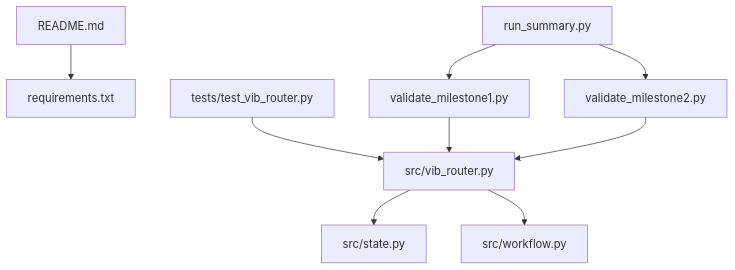
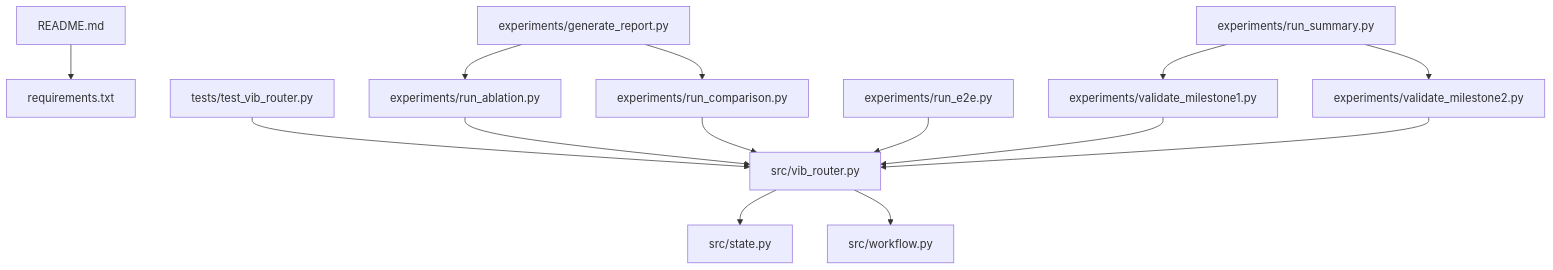
Before and after one commit to QuStarry/VIB-SparseCommunication: the first of 5 diagrams in .qoder/repowiki/zh/content/测试与验证.md, drawn with Mermaid. The commit also changed other lines of this file and 28 other files, not shown here.

````diff
--- a/.qoder/repowiki/zh/content/测试与验证.md
+++ b/.qoder/repowiki/zh/content/测试与验证.md
@@ -43,11 +58,16 @@
 ```mermaid
 graph TB
 A["README.md"] --> B["requirements.txt"]
 C["src/vib_router.py"] --> D["src/state.py"]
 C --> E["src/workflow.py"]
 F["tests/test_vib_router.py"] --> C
-G["validate_milestone1.py"] --> C
-H["validate_milestone2.py"] --> C
-I["run_summary.py"] --> G
-I --> H
+G["experiments/run_ablation.py"] --> C
+H["experiments/run_comparison.py"] --> C
+I["experiments/run_e2e.py"] --> C
+J["experiments/validate_milestone1.py"] --> C
+K["experiments/validate_milestone2.py"] --> C
+L["experiments/generate_report.py"] --> G
+L --> H
+M["experiments/run_summary.py"] --> J
+M --> K
 ```
````
